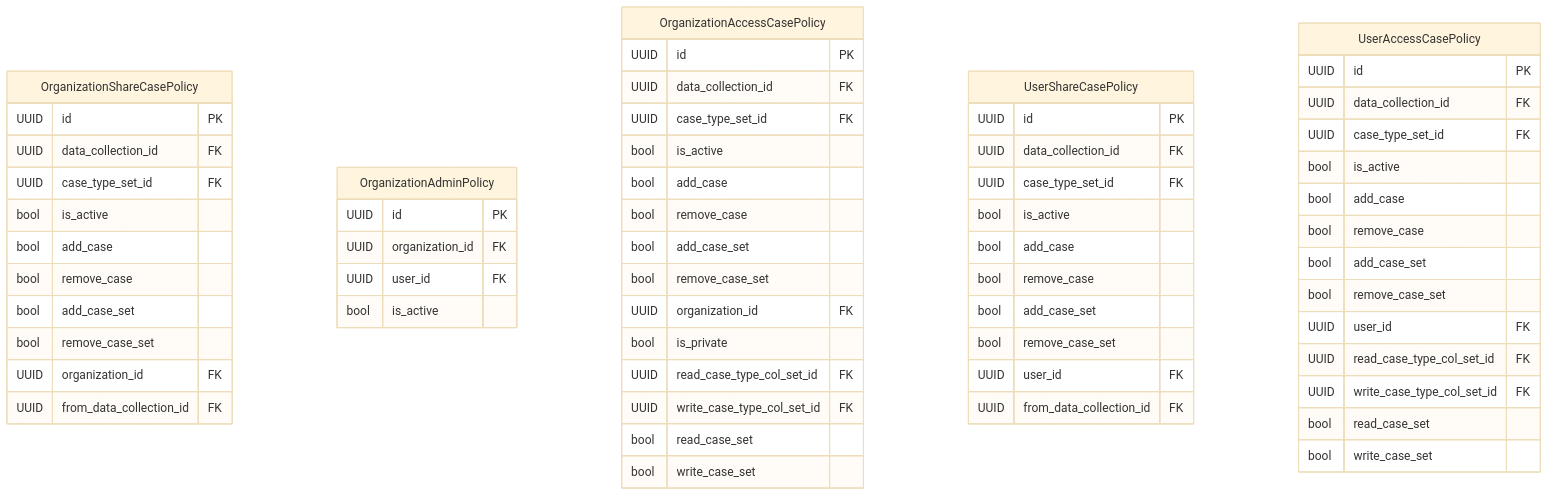
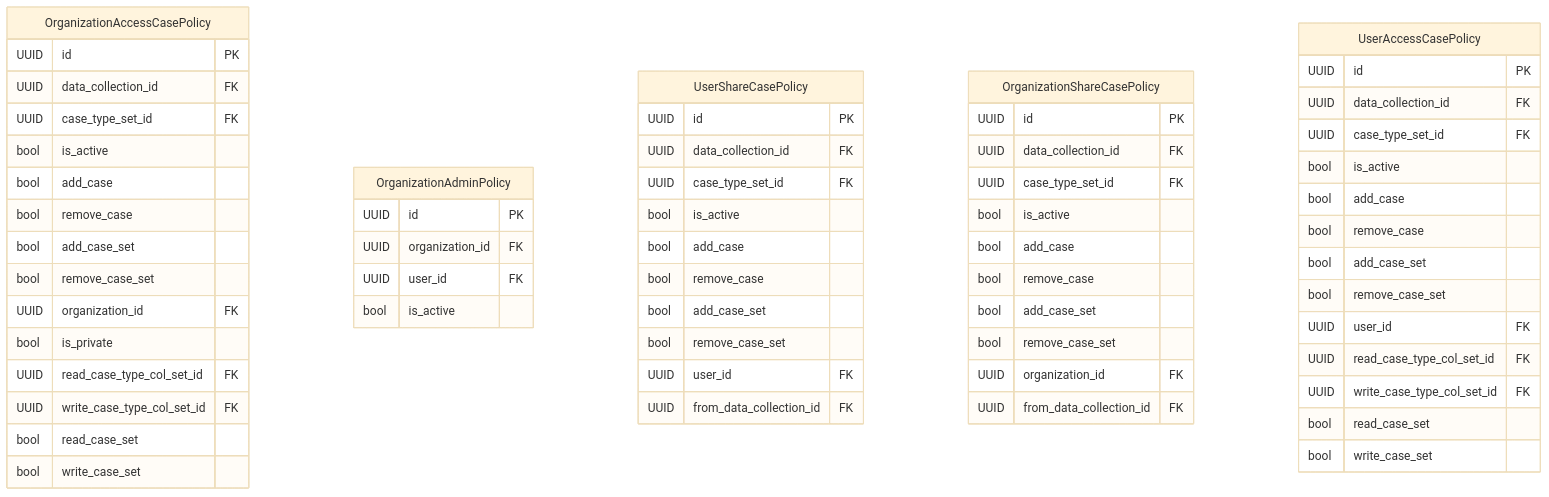
Before and after one commit to RIVM-bioinformatics/gen-epix-api: the diagram in docs/erm/casedb.abac.detailed.md, drawn with Mermaid (base theme). The commit also changed other lines of this file and 142 other files, not shown here.

````diff
--- a/docs/erm/casedb.abac.detailed.md
+++ b/docs/erm/casedb.abac.detailed.md
@@ -5,72 +5,72 @@
 ```mermaid
 erDiagram
     %% casedb / ABAC (detailed)
 
     %% Entity definitions
-    OrganizationShareCasePolicy {
-        UUID id PK
-        UUID data_collection_id FK
-        UUID case_type_set_id FK
-        bool is_active
-        bool add_case
-        bool remove_case
-        bool add_case_set
-        bool remove_case_set
-        UUID organization_id FK
-        UUID from_data_collection_id FK
-    }
-
-    OrganizationAdminPolicy {
-        UUID id PK
-        UUID organization_id FK
-        UUID user_id FK
-        bool is_active
-    }
-
     OrganizationAccessCasePolicy {
         UUID id PK
         UUID data_collection_id FK
         UUID case_type_set_id FK
         bool is_active
         bool add_case
         bool remove_case
         bool add_case_set
         bool remove_case_set
         UUID organization_id FK
         bool is_private
         UUID read_case_type_col_set_id FK
         UUID write_case_type_col_set_id FK
         bool read_case_set
         bool write_case_set
     }
 
+    OrganizationAdminPolicy {
+        UUID id PK
+        UUID organization_id FK
+        UUID user_id FK
+        bool is_active
+    }
+
     UserShareCasePolicy {
         UUID id PK
         UUID data_collection_id FK
         UUID case_type_set_id FK
         bool is_active
         bool add_case
         bool remove_case
         bool add_case_set
         bool remove_case_set
         UUID user_id FK
+        UUID from_data_collection_id FK
+    }
+
+    OrganizationShareCasePolicy {
+        UUID id PK
+        UUID data_collection_id FK
+        UUID case_type_set_id FK
+        bool is_active
+        bool add_case
+        bool remove_case
+        bool add_case_set
+        bool remove_case_set
+        UUID organization_id FK
         UUID from_data_collection_id FK
     }
 
     UserAccessCasePolicy {
         UUID id PK
         UUID data_collection_id FK
         UUID case_type_set_id FK
         bool is_active
         bool add_case
         bool remove_case
         bool add_case_set
         bool remove_case_set
         UUID user_id FK
         UUID read_case_type_col_set_id FK
         UUID write_case_type_col_set_id FK
         bool read_case_set
         bool write_case_set
     }
 
 ```
````
